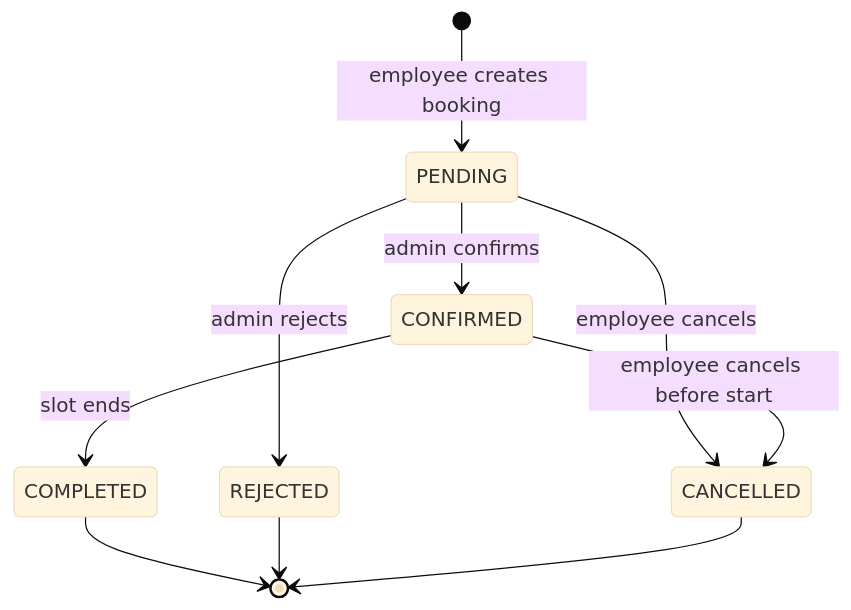
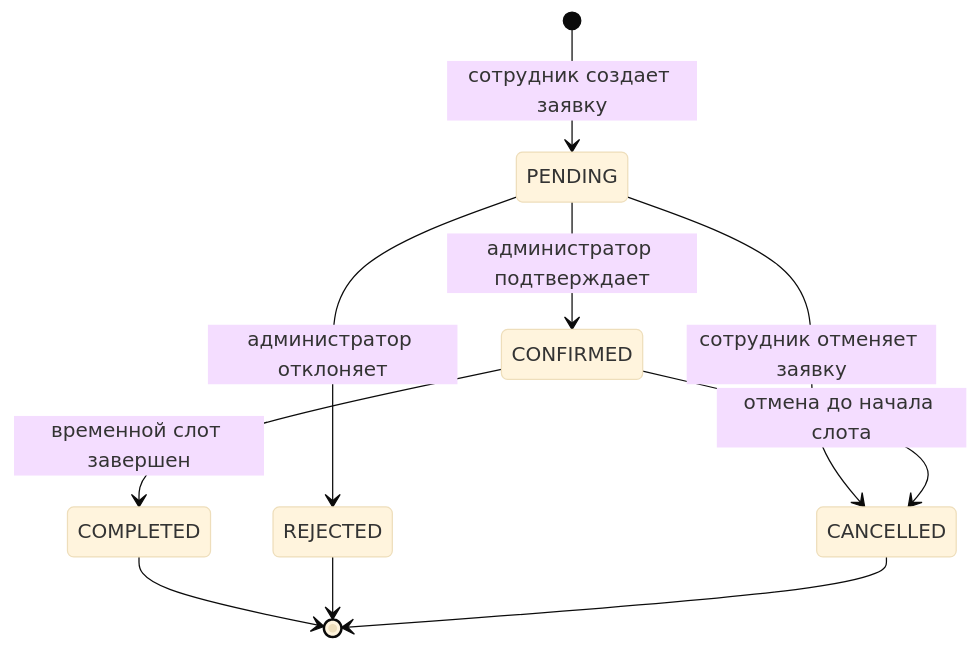
Before and after one commit to HellsTomato/coworking-room-booking: the diagram in docs/diagrams/state-booking.mmd, drawn with Mermaid (base theme). The commit also changed 5 other files, not shown here.

Commit message:
docs: translate diagrams to Russian

```diff
--- a/docs/diagrams/state-booking.mmd
+++ b/docs/diagrams/state-booking.mmd
@@ -1,10 +1,10 @@
 stateDiagram-v2
-    [*] --> PENDING : employee creates booking
-    PENDING --> CONFIRMED : admin confirms
-    PENDING --> REJECTED : admin rejects
-    PENDING --> CANCELLED : employee cancels
-    CONFIRMED --> CANCELLED : employee cancels before start
-    CONFIRMED --> COMPLETED : slot ends
+    [*] --> PENDING : сотрудник создает заявку
+    PENDING --> CONFIRMED : администратор подтверждает
+    PENDING --> REJECTED : администратор отклоняет
+    PENDING --> CANCELLED : сотрудник отменяет заявку
+    CONFIRMED --> CANCELLED : отмена до начала слота
+    CONFIRMED --> COMPLETED : временной слот завершен
     COMPLETED --> [*]
     REJECTED --> [*]
     CANCELLED --> [*]
```
